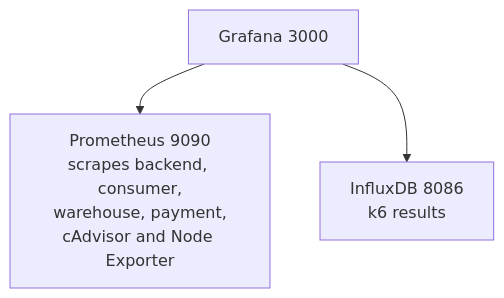
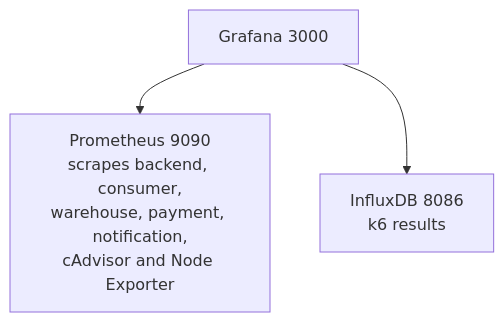
Before and after one commit to slawekradzyminski/awesome-localstack: the third of 6 diagrams in docs/PROFILE_URLS.md, drawn with Mermaid. The commit also changed other lines of this file and 32 other files, not shown here.

````diff
--- a/docs/PROFILE_URLS.md
+++ b/docs/PROFILE_URLS.md
@@ -80,5 +90,5 @@
 ```mermaid
 flowchart TB
-    GR[Grafana 3000] --> P[Prometheus 9090<br/>scrapes backend, consumer,<br/>warehouse, payment,<br/>cAdvisor and Node Exporter]
+    GR[Grafana 3000] --> P[Prometheus 9090<br/>scrapes backend, consumer,<br/>warehouse, payment, notification,<br/>cAdvisor and Node Exporter]
     GR --> I[InfluxDB 8086<br/>k6 results]
 ```
````
